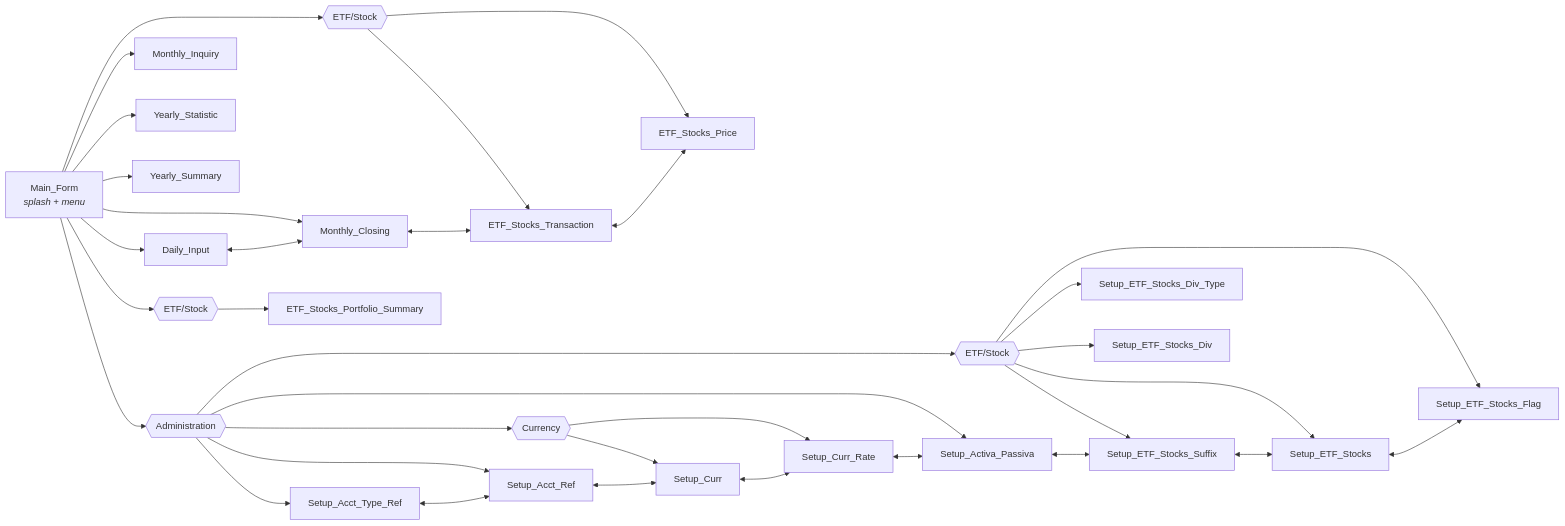
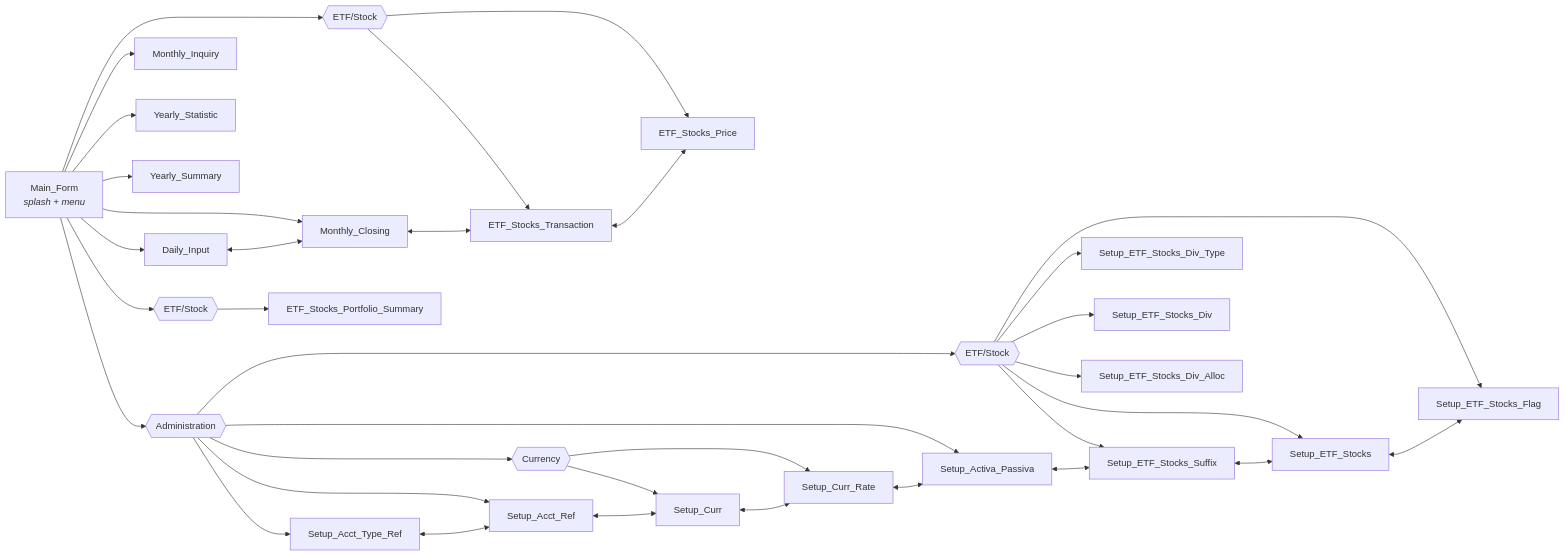
Before and after one commit to oscar-rijadi/FinancialBalance: the second of 3 diagrams in README.md, drawn with Mermaid. The commit also changed other lines of this file and 56 other files, not shown here.

````diff
--- a/README.md
+++ b/README.md
@@ -101,41 +101,42 @@
 ```mermaid
 flowchart LR
     MAIN["Main_Form<br/><i>splash + menu</i>"]
 
     MAIN --> DI["Daily_Input"]
     MAIN --> MC["Monthly_Closing"]
     MAIN --> PETFG{{"ETF/Stock"}}
     PETFG --> ETX["ETF_Stocks_Transaction"]
     PETFG --> ETP["ETF_Stocks_Price"]
     MAIN --> MI["Monthly_Inquiry"]
     MAIN --> YT["Yearly_Statistic"]
     MAIN --> YS["Yearly_Summary"]
     MAIN --> PORTG{{"ETF/Stock"}}
     PORTG --> PSUM["ETF_Stocks_Portfolio_Summary"]
 
     MAIN --> ADMIN{{"Administration"}}
     ADMIN --> SATR["Setup_Acct_Type_Ref"]
     ADMIN --> SAR["Setup_Acct_Ref"]
     ADMIN --> CURG{{"Currency"}}
     CURG --> SC["Setup_Curr"]
     CURG --> SCR["Setup_Curr_Rate"]
     ADMIN --> SAP["Setup_Activa_Passiva"]
     ADMIN --> ETFG{{"ETF/Stock"}}
     ETFG --> SES["Setup_ETF_Stocks_Suffix"]
     ETFG --> SET["Setup_ETF_Stocks"]
     ETFG --> SEF["Setup_ETF_Stocks_Flag"]
     ETFG --> SDT["Setup_ETF_Stocks_Div_Type"]
     ETFG --> SDV["Setup_ETF_Stocks_Div"]
+    ETFG --> SDA["Setup_ETF_Stocks_Div_Alloc"]
 
     DI <--> MC
     MC <--> ETX
     ETX <--> ETP
 
     SATR <--> SAR
     SAR <--> SC
     SC <--> SCR
     SCR <--> SAP
     SAP <--> SES
     SES <--> SET
     SET <--> SEF
 ```
````
